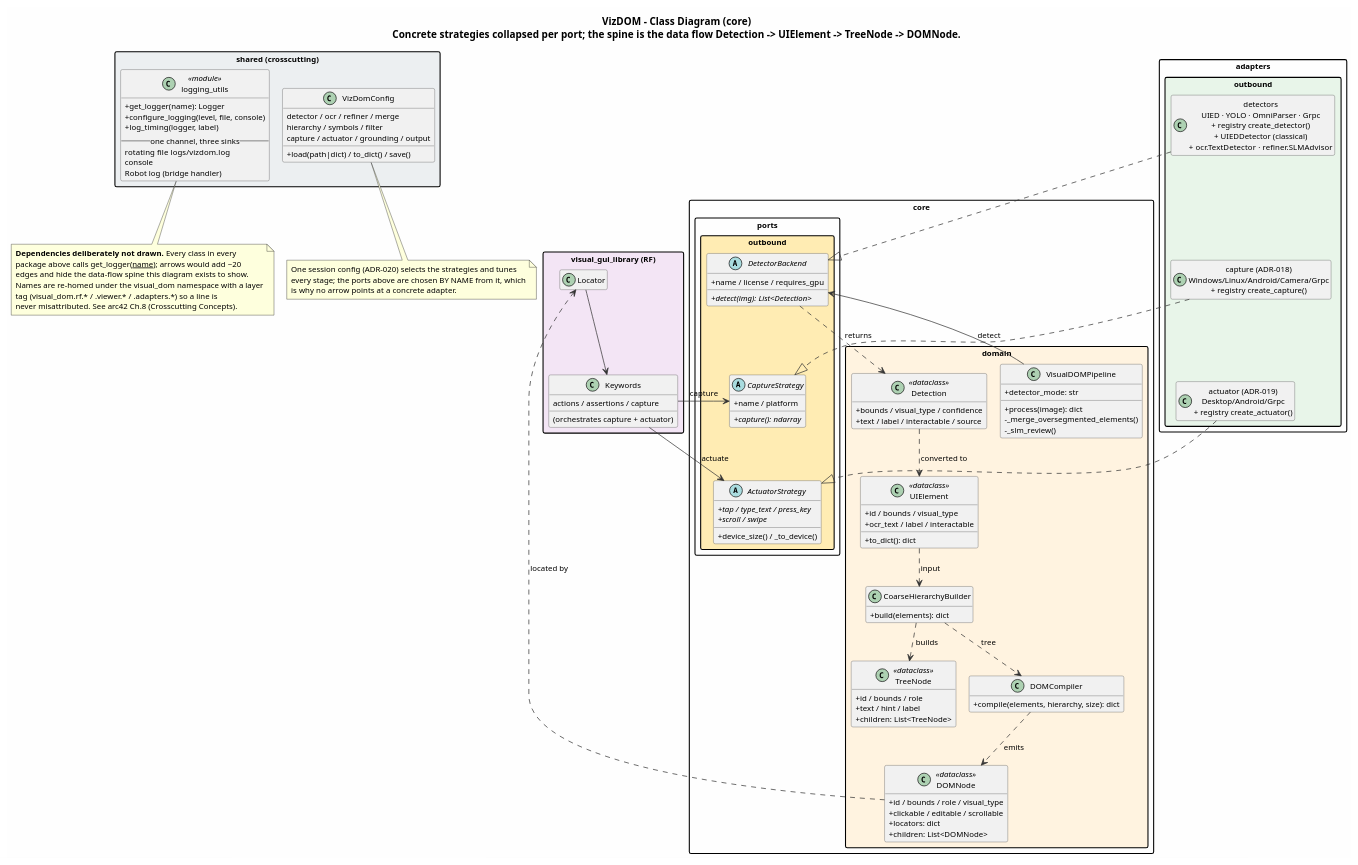
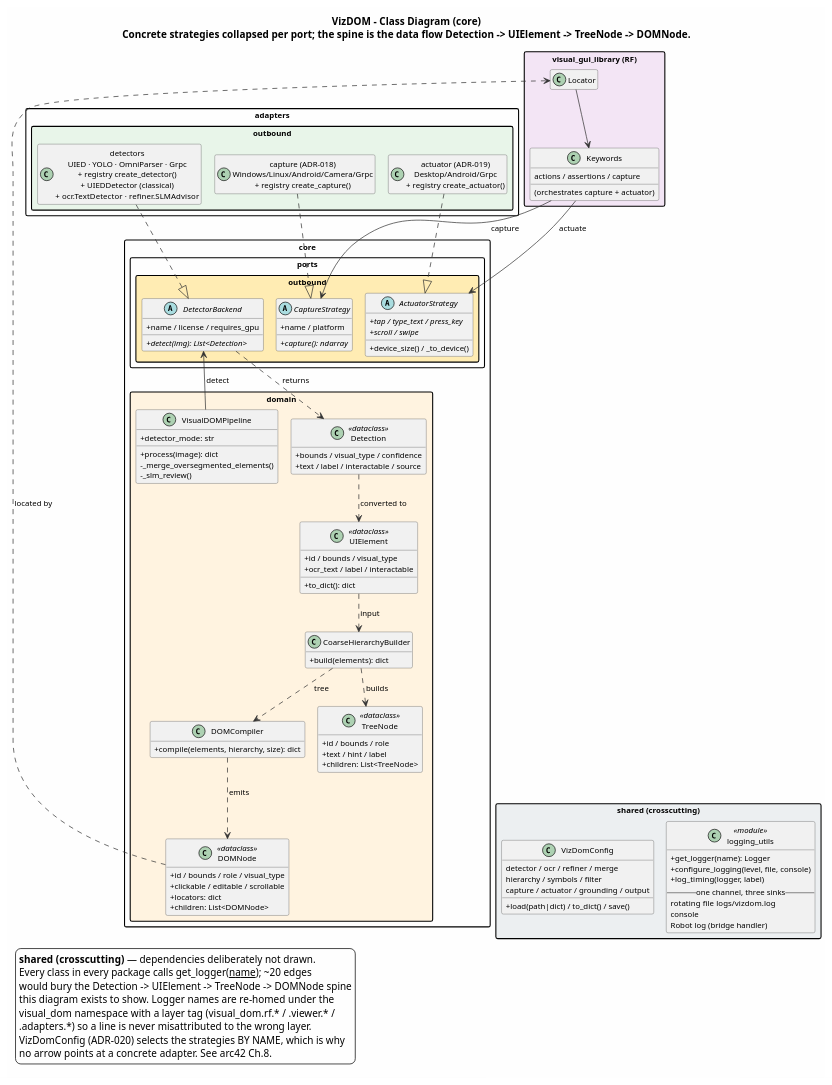
One commit to milanac030988/vizdom changed the diagram in docs/diagrams/class.puml. Above: the diagram before and after it, drawn with PlantUML.

Commit message:
docs(diagrams): move the crosscutting block to the bottom-right space
Placed top-left, the shared package widened the whole canvas (1895 px) while
the bottom-right sat empty. It is now anchored there with a single hidden edge
from the end of the data-flow spine (DOMNode), which also reads better: shared
infrastructure below what uses it.

Two fixes needed to get there:
- the package must be declared BEFORE the relationship section, otherwise the
  layout edge referenced the alias first and PlantUML created a SECOND,
  duplicate Logging node;
- the two explanatory notes trailed long connectors across the diagram from the
  far left, so they are merged into one bottom-left legend - no connectors, and
  it fills the other empty corner.

1895x1075 -> 1101x1362: 42% narrower, which matters for a page-width figure.

```diff
--- a/docs/diagrams/class.puml
+++ b/docs/diagrams/class.puml
@@ -1,161 +1,160 @@
 @startuml Class_Diagram
 !pragma layout smetana
 top to bottom direction
 
 skinparam backgroundColor #FEFEFE
 skinparam defaultFontName Arial
 skinparam defaultFontSize 11
 skinparam classAttributeIconSize 0
 skinparam nodesep 14
 skinparam ranksep 34
 skinparam class {
     BorderColor #555555
     ArrowColor #333333
 }
 skinparam packageStyle rectangle
 hide empty members
 
 title VizDOM - Class Diagram (core)\nConcrete strategies collapsed per port; the spine is the data flow Detection -> UIElement -> TreeNode -> DOMNode.
 
 ' ============================================================
 ' PORTS (core.ports.outbound) — stacked vertically (hidden edges) to stay narrow
 ' ============================================================
 package "core.ports.outbound" #FFECB3 {
     abstract class DetectorBackend {
         +name / license / requires_gpu
         +{abstract} detect(img): List<Detection>
     }
     abstract class CaptureStrategy {
         +name / platform
         +{abstract} capture(): ndarray
     }
     abstract class ActuatorStrategy {
         +{abstract} tap / type_text / press_key
         +{abstract} scroll / swipe
         +device_size() / _to_device()
     }
-    DetectorBackend -[hidden]down- CaptureStrategy
-    CaptureStrategy -[hidden]down- ActuatorStrategy
 }
 
 ' ============================================================
 ' DRIVEN ADAPTERS (adapters.outbound) — one collapsed box per port, stacked
 ' ============================================================
 package "adapters.outbound" #E8F5E9 {
     class "detectors\nUIED · YOLO · OmniParser · Grpc\n+ registry create_detector()\n+ UIEDDetector (classical)\n+ ocr.TextDetector · refiner.SLMAdvisor" as DetImpls
     class "capture (ADR-018)\nWindows/Linux/Android/Camera/Grpc\n+ registry create_capture()" as CapImpls
     class "actuator (ADR-019)\nDesktop/Android/Grpc\n+ registry create_actuator()" as ActImpls
-    DetImpls -[hidden]down- CapImpls
-    CapImpls -[hidden]down- ActImpls
 }
 
 ' ============================================================
 ' DOMAIN (core.domain) — orchestration + the data-model spine
 ' ============================================================
 package "core.domain" #FFF3E0 {
     class VisualDOMPipeline {
         +detector_mode: str
         +process(image): dict
         -_merge_oversegmented_elements()
         -_slm_review()
     }
     class Detection <<dataclass>> {
         +bounds / visual_type / confidence
         +text / label / interactable / source
     }
     class UIElement <<dataclass>> {
         +id / bounds / visual_type
         +ocr_text / label / interactable
         +to_dict(): dict
     }
     class CoarseHierarchyBuilder {
         +build(elements): dict
     }
     class TreeNode <<dataclass>> {
         +id / bounds / role
         +text / hint / label
         +children: List<TreeNode>
     }
     class DOMCompiler {
         +compile(elements, hierarchy, size): dict
     }
     class DOMNode <<dataclass>> {
         +id / bounds / role / visual_type
         +clickable / editable / scrollable
         +locators: dict
         +children: List<DOMNode>
     }
 }
 
 ' ============================================================
 ' CONSUMER (thin client)
 ' ============================================================
 package "visual_gui_library (RF)" #F3E5F5 {
     class Keywords {
         actions / assertions / capture
         (orchestrates capture + actuator)
     }
     class Locator
 }
 
 ' ============================================================
+' CROSSCUTTING / SHARED  (used by every package above)
+' ============================================================
+package "shared (crosscutting)" #ECEFF1 {
+    class "logging_utils" as Logging <<module>> {
+        +get_logger(name): Logger
+        +configure_logging(level, file, console)
+        +log_timing(logger, label)
+        --one channel, three sinks--
+        rotating file  logs/vizdom.log
+        console
+        Robot log (bridge handler)
+    }
+    class VizDomConfig {
+        detector / ocr / refiner / merge
+        hierarchy / symbols / filter
+        capture / actuator / grounding / output
+        +load(path|dict) / to_dict() / save()
+    }
+}
+
+' ============================================================
 ' Relationships — adapters implement ports (inward); domain spine flows down
 ' ============================================================
 DetImpls ..|> DetectorBackend
 CapImpls ..|> CaptureStrategy
 ActImpls ..|> ActuatorStrategy
 
 ' pipeline depends on the ports (not the concretes)
 VisualDOMPipeline --> DetectorBackend : detect
 DetectorBackend ..> Detection : returns
 
 ' the data-model spine (top -> bottom)
 Detection ..> UIElement : converted to
 UIElement ..> CoarseHierarchyBuilder : input
 CoarseHierarchyBuilder ..> TreeNode : builds
 CoarseHierarchyBuilder ..> DOMCompiler : tree
 DOMCompiler ..> DOMNode : emits
 
 ' consumer
 DOMNode ..> Locator : located by
 Locator --> Keywords
 Keywords --> CaptureStrategy : capture
 Keywords --> ActuatorStrategy : actuate
 
+' Layout only (no dependency implied - see the note on Logging): anchor the
+' crosscutting package to the END of the data-flow spine so it fills the empty
+' bottom-right area instead of widening the canvas on the left.
+DOMNode -[hidden]right-> VizDomConfig
 
-' ============================================================
-' CROSSCUTTING / SHARED  (used by every package above)
-' ============================================================
-package "shared (crosscutting)" #ECEFF1 {
-    class "logging_utils" as Logging <<module>> {
-        +get_logger(name): Logger
-        +configure_logging(level, file, console)
-        +log_timing(logger, label)
-        --one channel, three sinks--
-        rotating file  logs/vizdom.log
-        console
-        Robot log (bridge handler)
-    }
-    class VizDomConfig {
-        detector / ocr / refiner / merge
-        hierarchy / symbols / filter
-        capture / actuator / grounding / output
-        +load(path|dict) / to_dict() / save()
-    }
-}
 
-note bottom of Logging
-  **Dependencies deliberately not drawn.** Every class in every
-  package above calls get_logger(__name__); arrows would add ~20
-  edges and hide the data-flow spine this diagram exists to show.
-  Names are re-homed under the visual_dom namespace with a layer
-  tag (visual_dom.rf.* / .viewer.* / .adapters.*) so a line is
-  never misattributed. See arc42 Ch.8 (Crosscutting Concepts).
-end note
 
-note bottom of VizDomConfig
-  One session config (ADR-020) selects the strategies and tunes
-  every stage; the ports above are chosen BY NAME from it, which
-  is why no arrow points at a concrete adapter.
-end note
+legend left
+  **shared (crosscutting)** — dependencies deliberately not drawn.
+  Every class in every package calls get_logger(__name__); ~20 edges
+  would bury the Detection -> UIElement -> TreeNode -> DOMNode spine
+  this diagram exists to show. Logger names are re-homed under the
+  visual_dom namespace with a layer tag (visual_dom.rf.* / .viewer.* /
+  .adapters.*) so a line is never misattributed to the wrong layer.
+  VizDomConfig (ADR-020) selects the strategies BY NAME, which is why
+  no arrow points at a concrete adapter. See arc42 Ch.8.
+end legend
+
 @enduml
```
